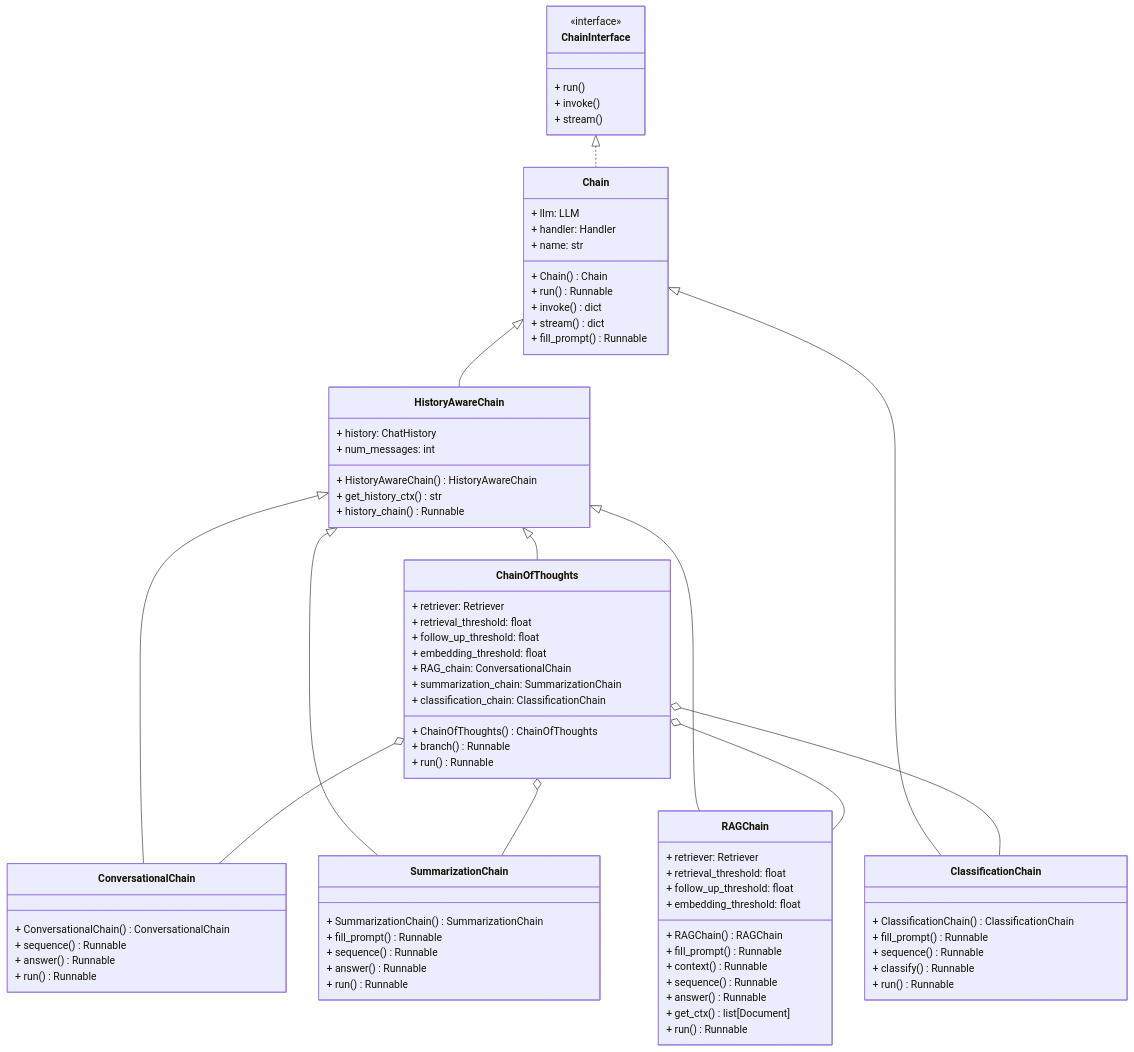
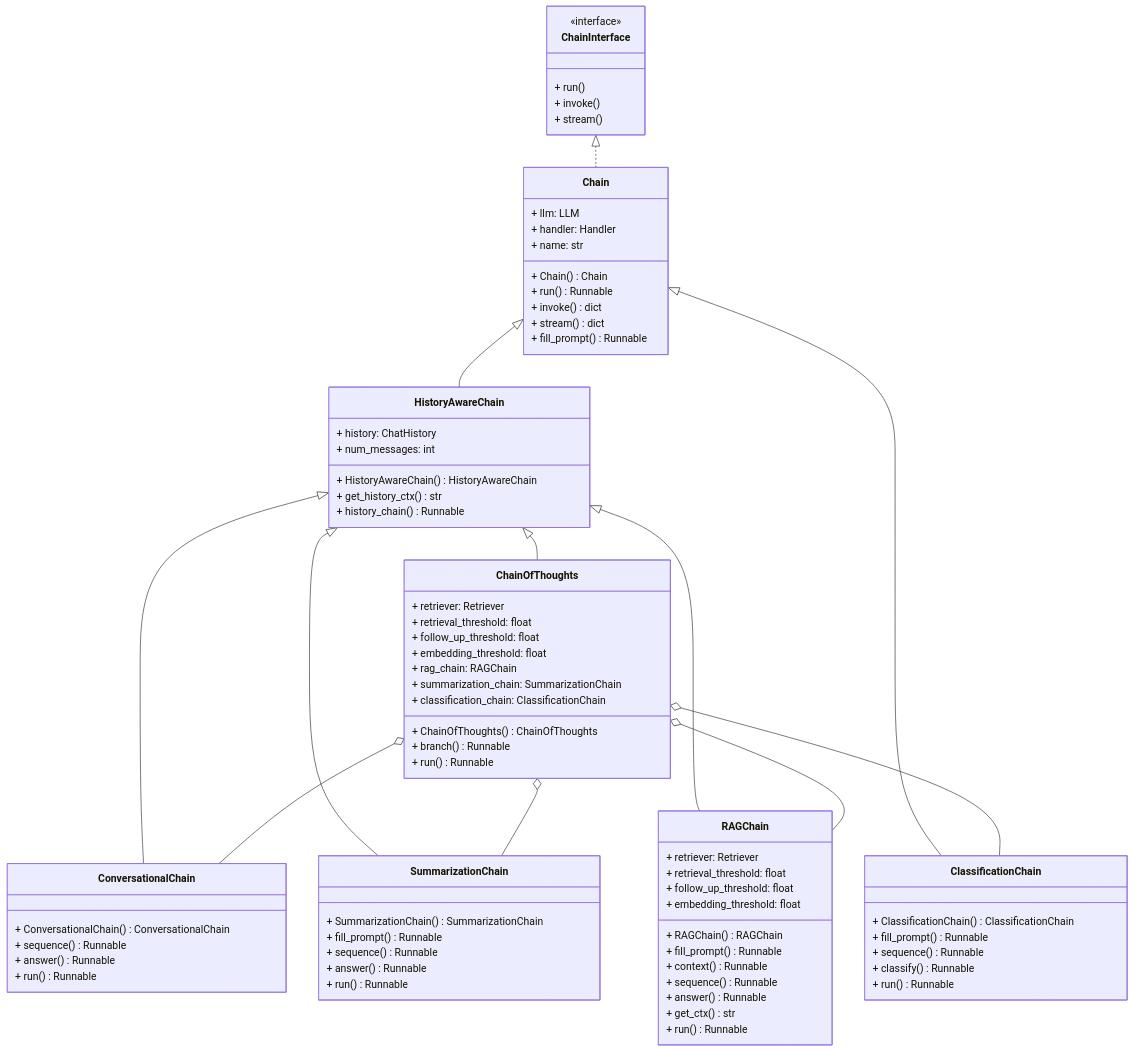
Before and after one commit to GiuseppeBellamacina/OmniBot: the diagram in README.md, drawn with Mermaid. The commit also changed 1 other file, not shown here.

```diff
--- a/README.md
+++ b/README.md
@@ -20,7 +20,7 @@
 classDiagram
     class ChainInterface {
         <<interface>>
-
+        
         + run()
         + invoke()
         + stream()
@@ -46,7 +46,7 @@
         + get_history_ctx() str
         + history_chain() Runnable
     }
-
+    
     class ConversationalChain {
         + ConversationalChain() ConversationalChain
         + sequence() Runnable
@@ -81,7 +81,7 @@
         + context() Runnable
         + sequence() Runnable
         + answer() Runnable
-        + get_ctx() list[Document]
+        + get_ctx() str
         + run() Runnable
     }
 
@@ -90,7 +90,7 @@
         + retrieval_threshold: float
         + follow_up_threshold: float
         + embedding_threshold: float
-        + RAG_chain: ConversationalChain
+        + rag_chain: RAGChain
         + summarization_chain: SummarizationChain
         + classification_chain: ClassificationChain
 
@@ -100,9 +100,11 @@
     }
 
     ChainInterface <|.. Chain
+
     Chain <|-- HistoryAwareChain
+    Chain <|-- ClassificationChain
+
     HistoryAwareChain <|-- ConversationalChain
-    Chain <|-- ClassificationChain
     HistoryAwareChain <|-- SummarizationChain
     HistoryAwareChain <|-- RAGChain
     HistoryAwareChain <|-- ChainOfThoughts
```
